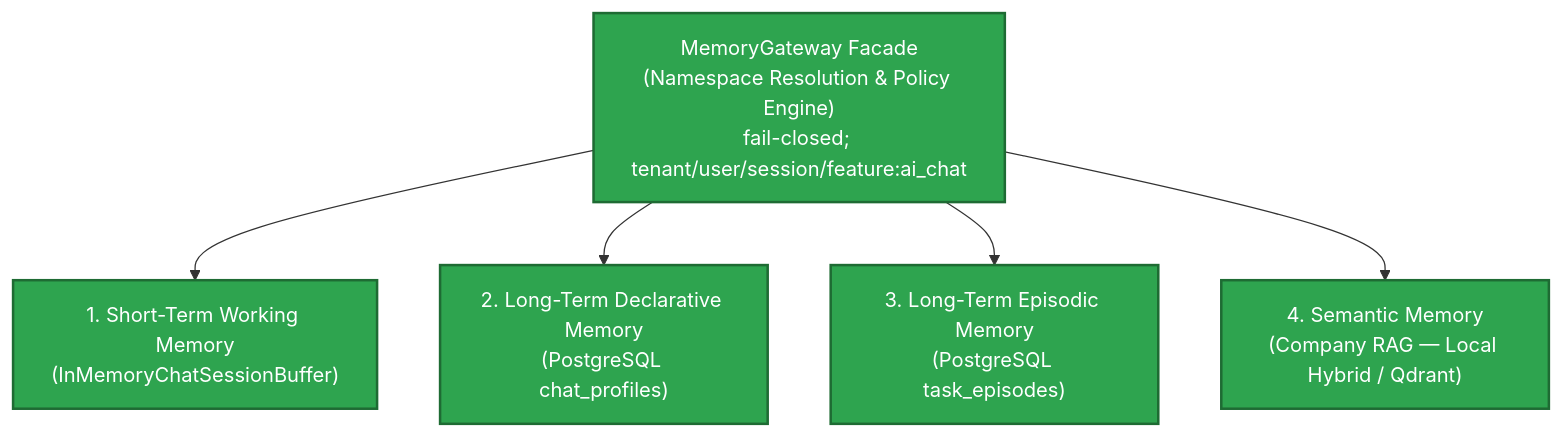
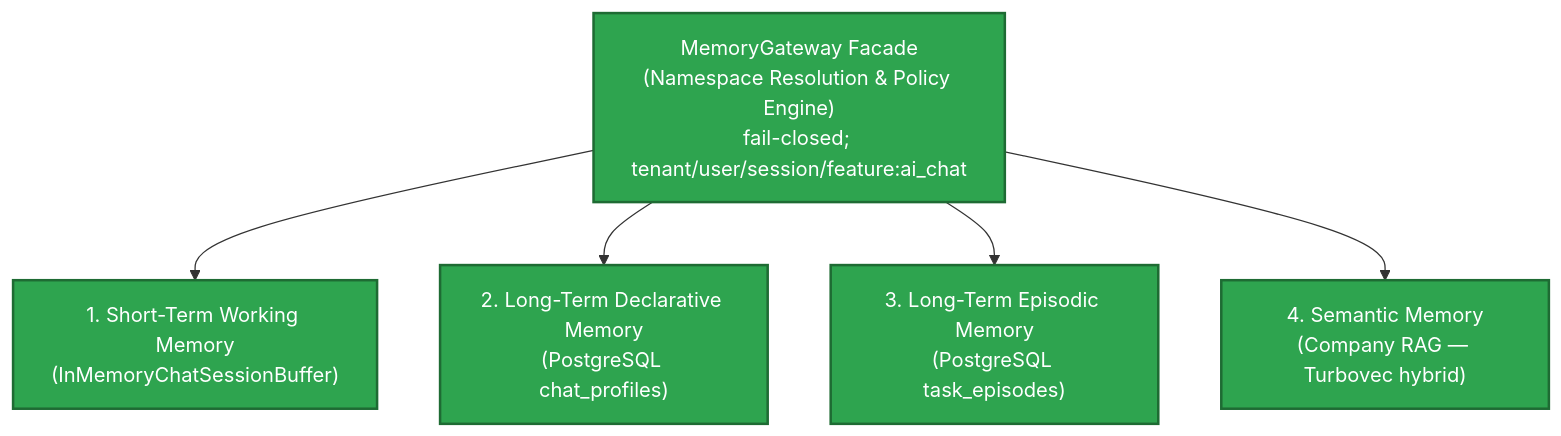
One commit to MathematicGuy/EMAIL-AGENT-v1 changed the first of 3 diagrams in docs/references/understand/ai-engineer-memory-system-guide.md. Above: the diagram before and after it, drawn with Mermaid. The commit also changed other lines of this file and 50 other files, not shown here.

First line of the commit message:
Remove company-plane Qdrant and sync ADR-008 docs

````diff
--- a/docs/references/understand/ai-engineer-memory-system-guide.md
+++ b/docs/references/understand/ai-engineer-memory-system-guide.md
@@ -118,11 +118,11 @@
 ```mermaid
 flowchart TD
     classDef green fill:#2ea44f,stroke:#1e6b33,stroke-width:2px,color:#ffffff;
     
     GW["MemoryGateway Facade<br/>(Namespace Resolution & Policy Engine)<br/>fail-closed; tenant/user/session/feature:ai_chat"]:::green
 
     GW --> WM["1. Short-Term Working Memory<br/>(InMemoryChatSessionBuffer)"]:::green
     GW --> DM["2. Long-Term Declarative Memory<br/>(PostgreSQL chat_profiles)"]:::green
     GW --> EM["3. Long-Term Episodic Memory<br/>(PostgreSQL task_episodes)"]:::green
-    GW --> SM["4. Semantic Memory<br/>(Company RAG — Local Hybrid / Qdrant)"]:::green
+    GW --> SM["4. Semantic Memory<br/>(Company RAG — Turbovec hybrid)"]:::green
 ```
````
